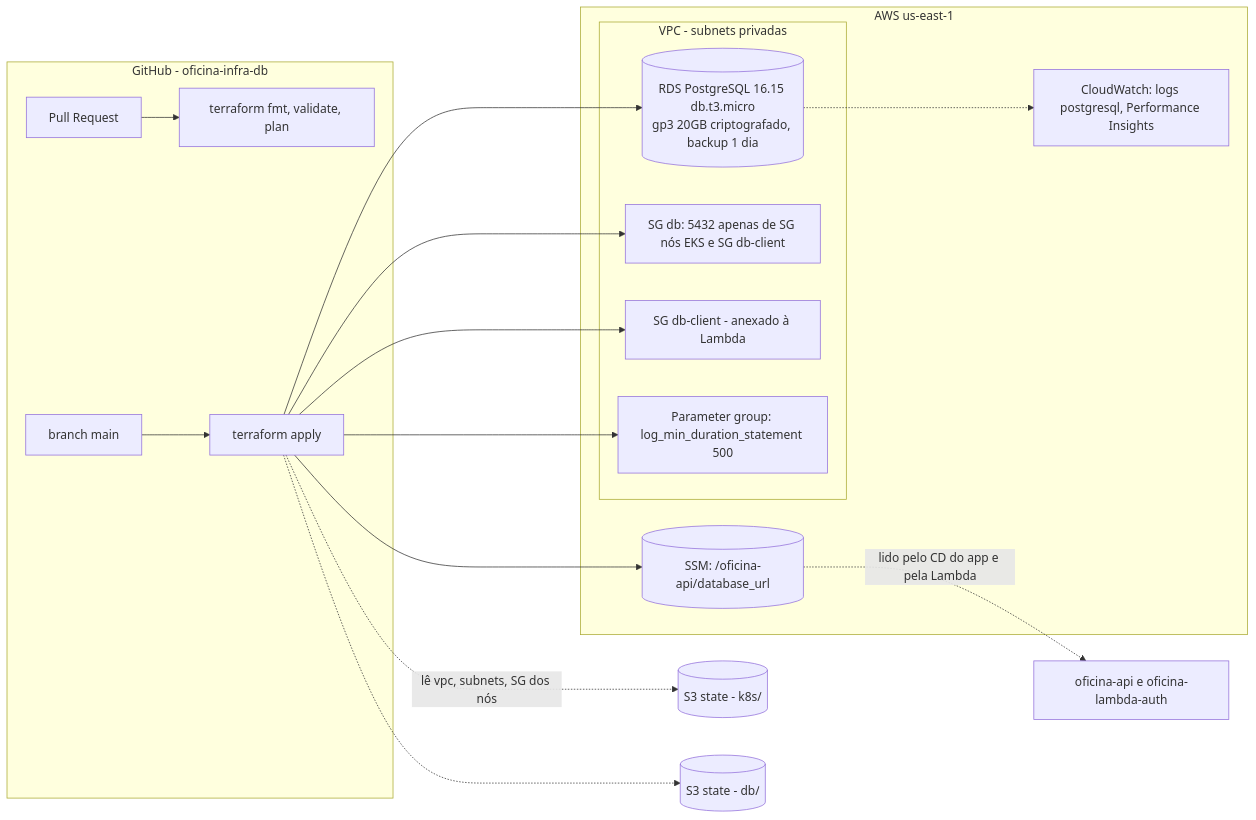
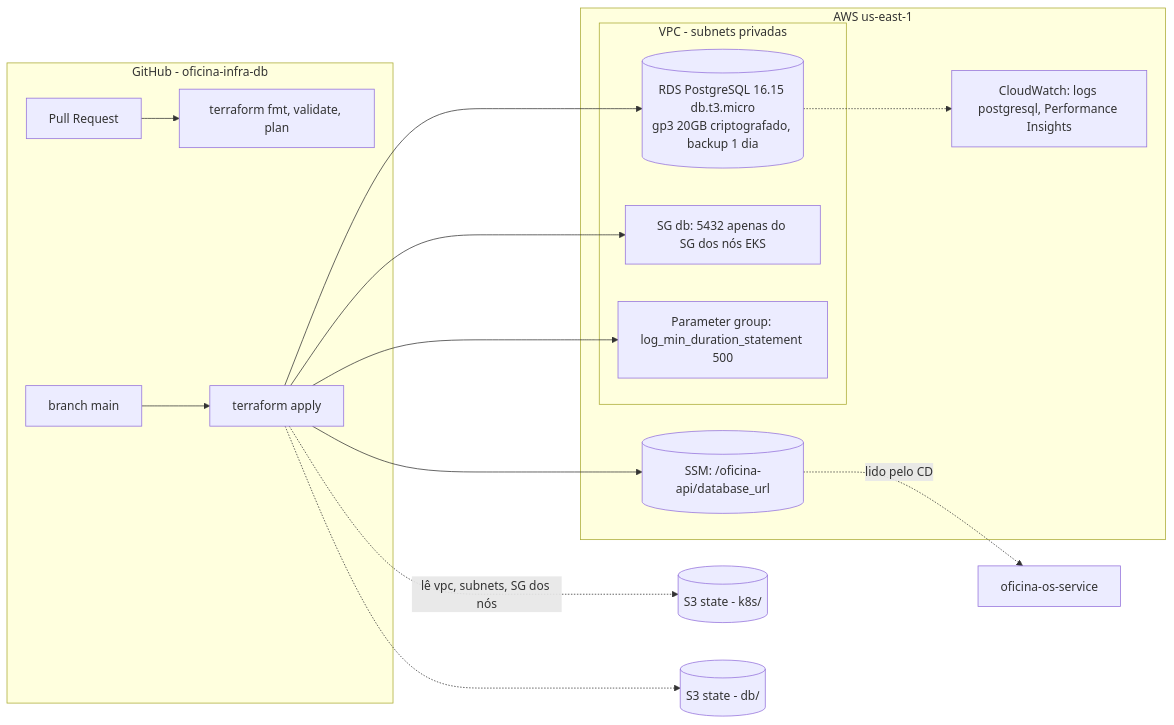
The diagram in README.md (gaabriel165/oficina-infra-db), drawn with Mermaid before and after one commit. The commit also changed other lines of this file and 3 other files, not shown here.

````diff
--- a/README.md
+++ b/README.md
@@ -28,31 +30,29 @@
 ```mermaid
 flowchart LR
     subgraph GitHub["GitHub - oficina-infra-db"]
         PR["Pull Request"] --> Plan["terraform fmt, validate, plan"]
         Main["branch main"] --> Apply["terraform apply"]
     end
 
     S3k[("S3 state - k8s/")]
     S3d[("S3 state - db/")]
 
     subgraph AWS["AWS us-east-1"]
         subgraph VPC["VPC - subnets privadas"]
             RDS[("RDS PostgreSQL 16.15 db.t3.micro<br/>gp3 20GB criptografado, backup 1 dia")]
-            SGdb["SG db: 5432 apenas de SG nós EKS e SG db-client"]
-            SGclient["SG db-client - anexado à Lambda"]
+            SGdb["SG db: 5432 apenas do SG dos nós EKS"]
             PG["Parameter group: log_min_duration_statement 500"]
         end
         SSM[("SSM: /oficina-api/database_url")]
         CW["CloudWatch: logs postgresql, Performance Insights"]
     end
 
     Apply -.->|"lê vpc, subnets, SG dos nós"| S3k
     Apply -.-> S3d
     Apply --> RDS
     Apply --> SGdb
-    Apply --> SGclient
     Apply --> PG
     Apply --> SSM
     RDS -.-> CW
-    SSM -.->|"lido pelo CD do app e pela Lambda"| Consumers["oficina-api e oficina-lambda-auth"]
+    SSM -.->|"lido pelo CD"| Consumers["oficina-os-service"]
 ```
````
